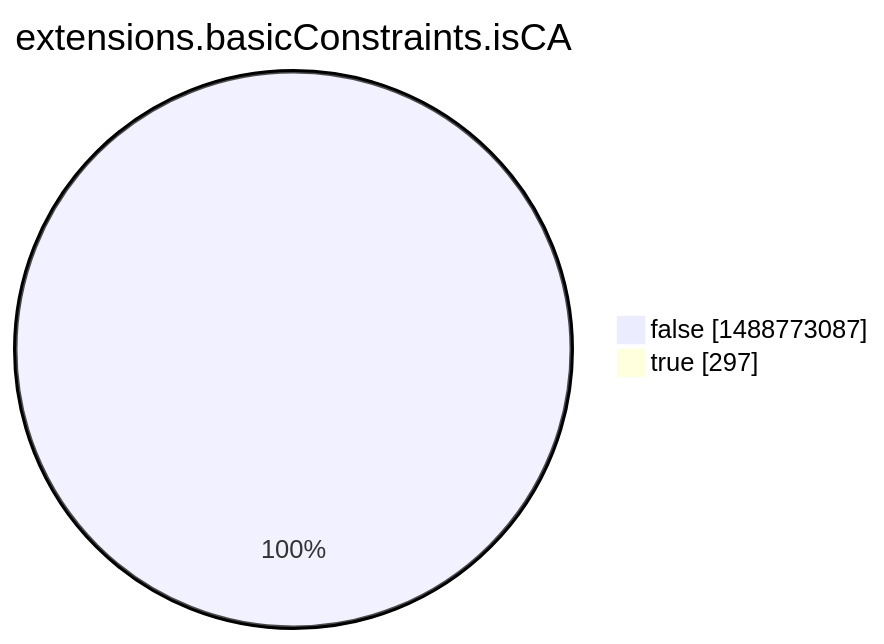
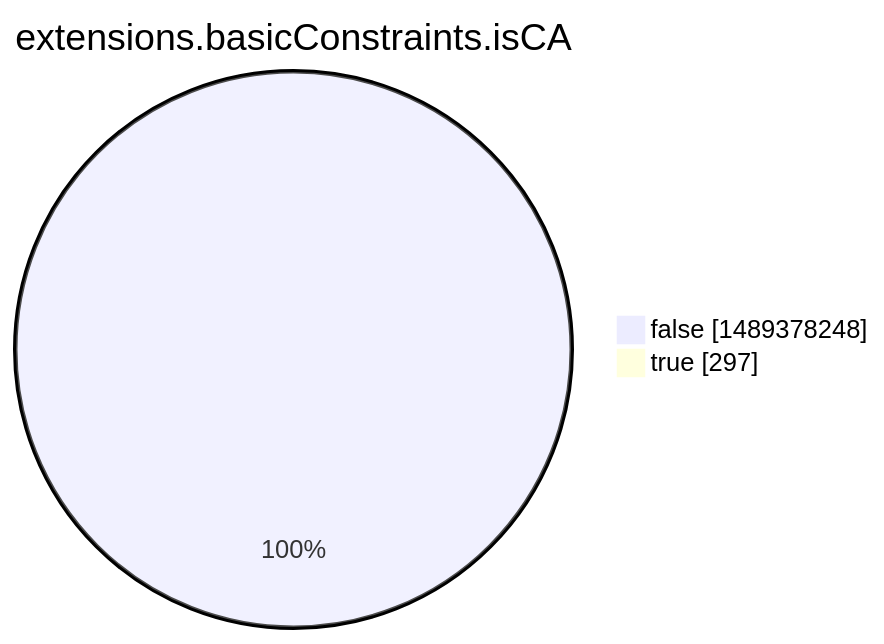
Before and after one commit to christiankrug/ctmonitor_visualization: the eighth of 15 diagrams in argon2022/README.md, drawn with Mermaid. The commit also changed other lines of this file, not shown here.

````diff
--- a/argon2022/README.md
+++ b/argon2022/README.md
@@ -2760,6 +2760,6 @@
 ```mermaid
 pie showData
 title extensions.basicConstraints.isCA
-"false" :1488773087
+"false" :1489378248
 "true" :297
 ```
````
